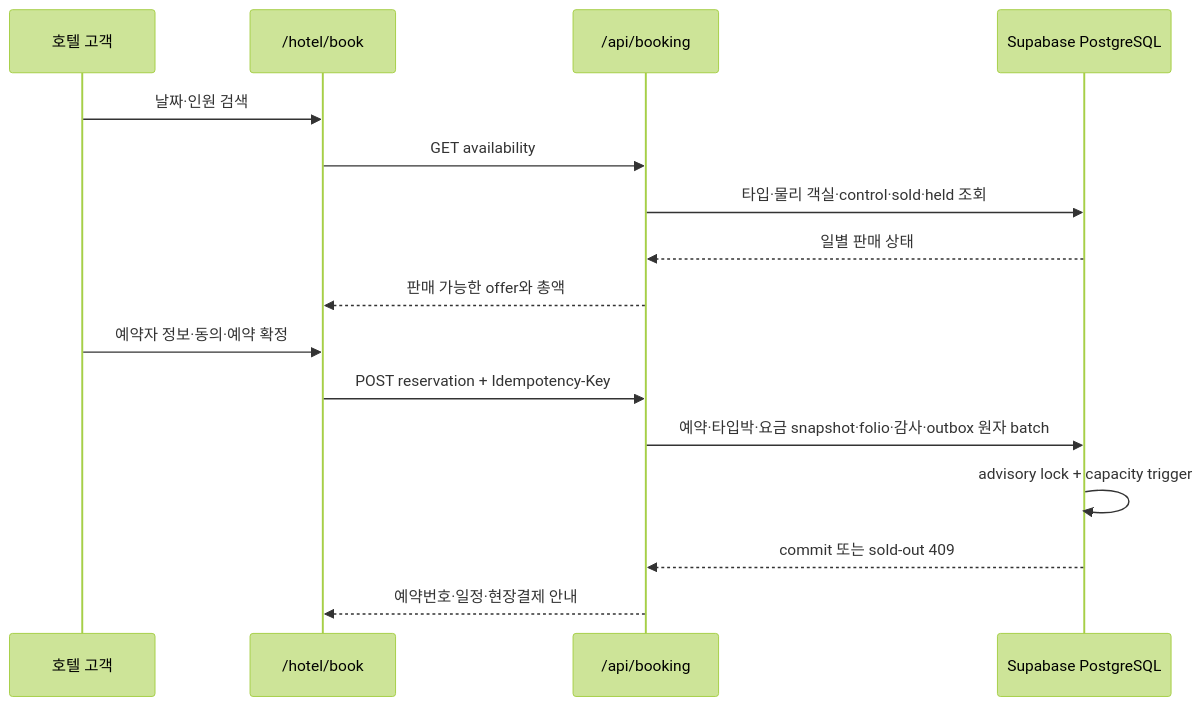
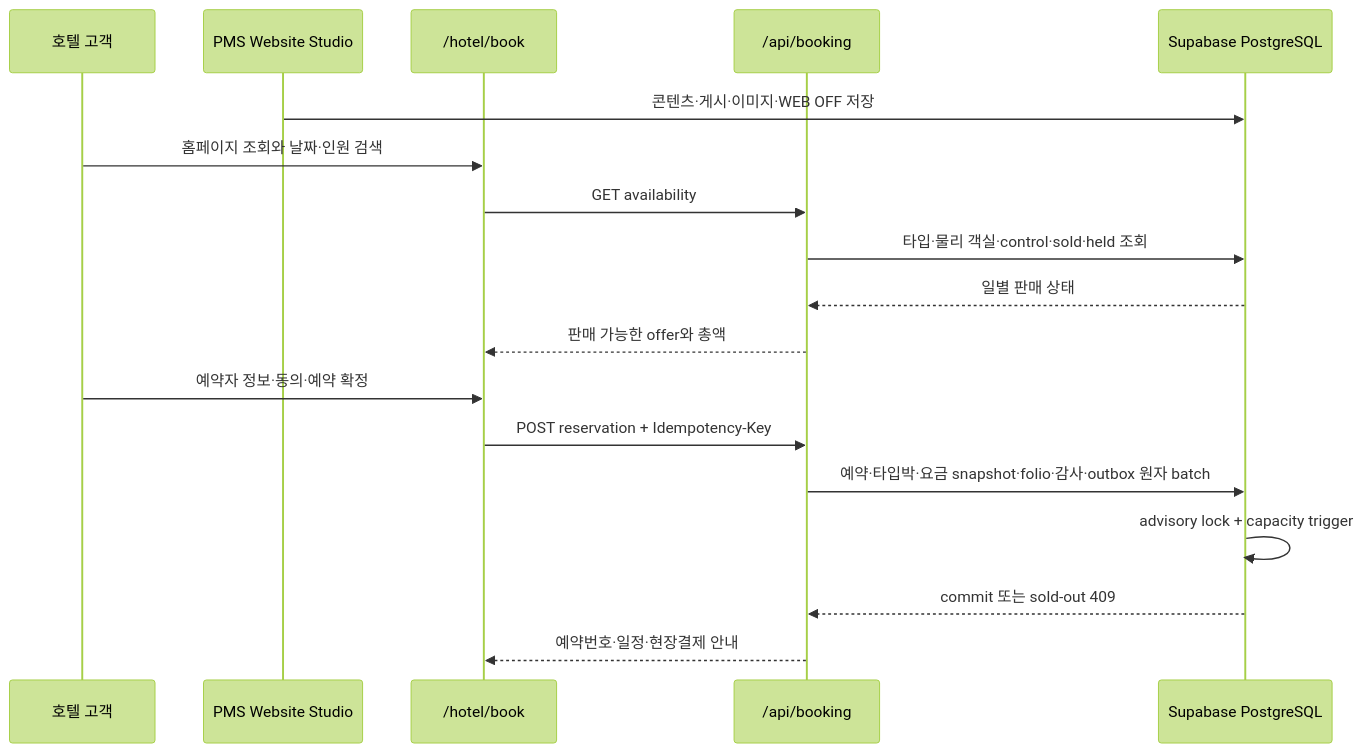
Before and after one commit to sksmsrkk-glitch/Aurora_PMS: the sixth of 6 diagrams in README.md, drawn with Mermaid (forest theme). The commit also changed other lines of this file and 47 other files, not shown here.

Commit message:
feat: add PMS-managed hotel website CMS (#8)

````diff
--- a/README.md
+++ b/README.md
@@ -494,18 +514,20 @@
 ```mermaid
 sequenceDiagram
   participant Guest as 호텔 고객
+  participant CMS as PMS Website Studio
   participant Web as /hotel/book
   participant API as /api/booking
   participant DB as Supabase PostgreSQL
-  Guest->>Web: 날짜·인원 검색
+  CMS->>DB: 콘텐츠·게시·이미지·WEB OFF 저장
+  Guest->>Web: 홈페이지 조회와 날짜·인원 검색
   Web->>API: GET availability
   API->>DB: 타입·물리 객실·control·sold·held 조회
   DB-->>API: 일별 판매 상태
   API-->>Web: 판매 가능한 offer와 총액
   Guest->>Web: 예약자 정보·동의·예약 확정
   Web->>API: POST reservation + Idempotency-Key
   API->>DB: 예약·타입박·요금 snapshot·folio·감사·outbox 원자 batch
   DB->>DB: advisory lock + capacity trigger
   DB-->>API: commit 또는 sold-out 409
   API-->>Web: 예약번호·일정·현장결제 안내
 ```
````
